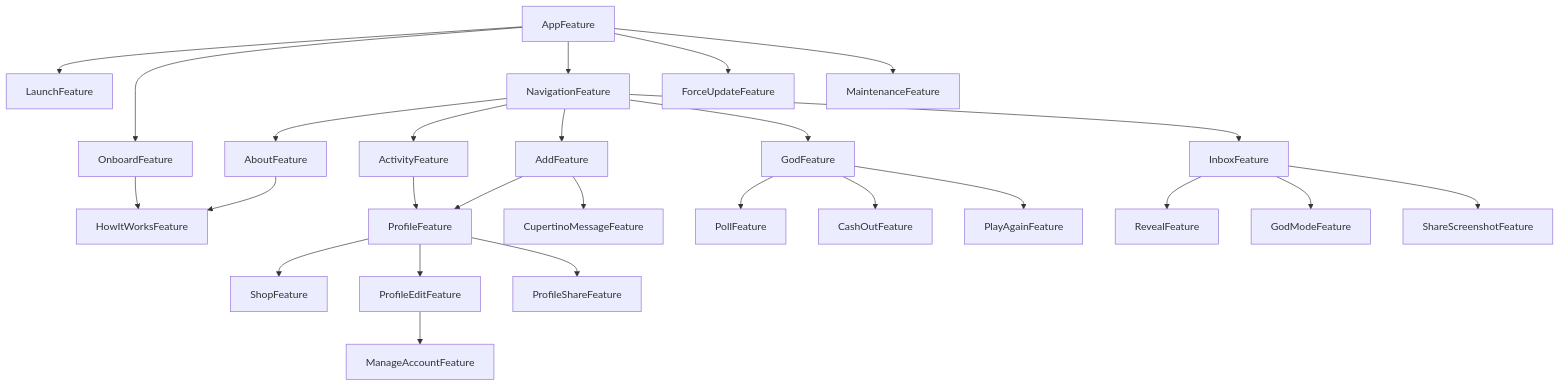
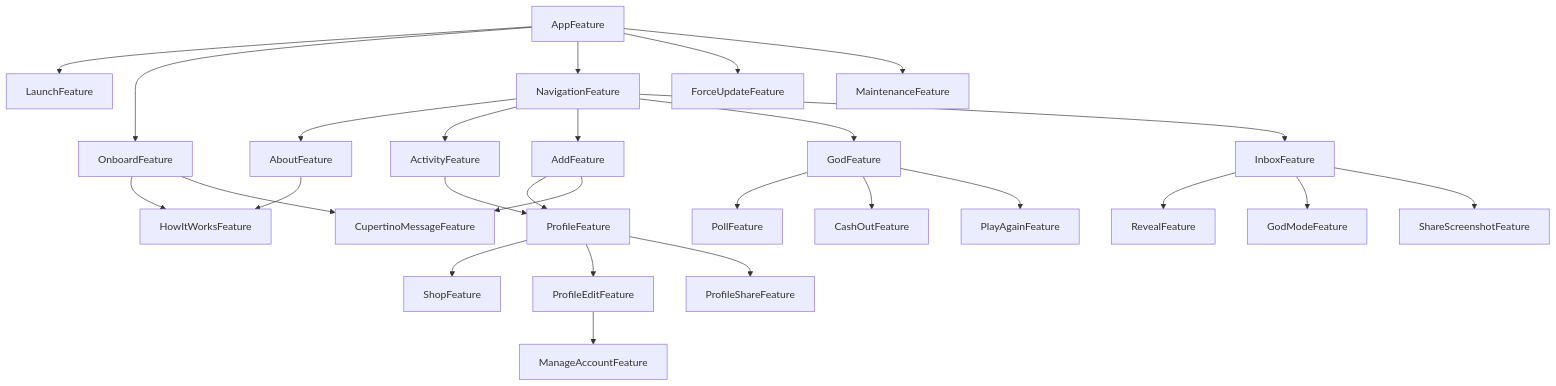
One commit to 0x1-company/god-ios changed the diagram in Packages/GodPackage/README.md. Above: the diagram before and after it, drawn with Mermaid. The commit also changed 1 other file, not shown here.

Commit message:
chore: 🤖 dgraph

````diff
--- a/Packages/GodPackage/README.md
+++ b/Packages/GodPackage/README.md
@@ -6,28 +6,29 @@
 ```mermaid
 graph TD;
     AboutFeature-->HowItWorksFeature;
     ActivityFeature-->ProfileFeature;
     AddFeature-->ProfileFeature;
     AddFeature-->CupertinoMessageFeature;
     AppFeature-->LaunchFeature;
     AppFeature-->OnboardFeature;
     AppFeature-->NavigationFeature;
     AppFeature-->ForceUpdateFeature;
     AppFeature-->MaintenanceFeature;
     GodFeature-->PollFeature;
     GodFeature-->CashOutFeature;
     GodFeature-->PlayAgainFeature;
     InboxFeature-->RevealFeature;
     InboxFeature-->GodModeFeature;
     InboxFeature-->ShareScreenshotFeature;
     NavigationFeature-->AboutFeature;
     NavigationFeature-->ActivityFeature;
     NavigationFeature-->AddFeature;
     NavigationFeature-->GodFeature;
     NavigationFeature-->InboxFeature;
     OnboardFeature-->HowItWorksFeature;
+    OnboardFeature-->CupertinoMessageFeature;
     ProfileEditFeature-->ManageAccountFeature;
     ProfileFeature-->ShopFeature;
     ProfileFeature-->ProfileEditFeature;
     ProfileFeature-->ProfileShareFeature;
 ```
````
